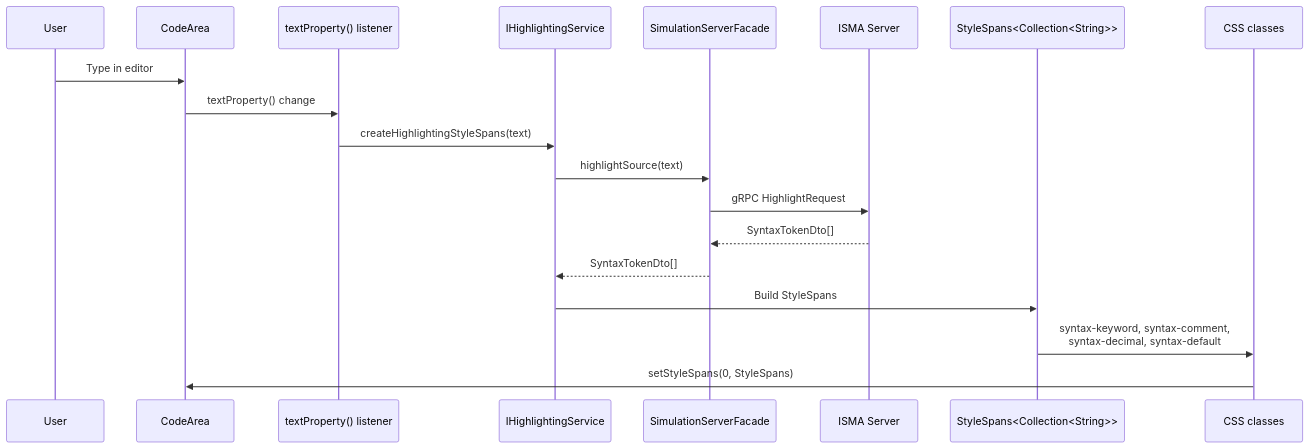
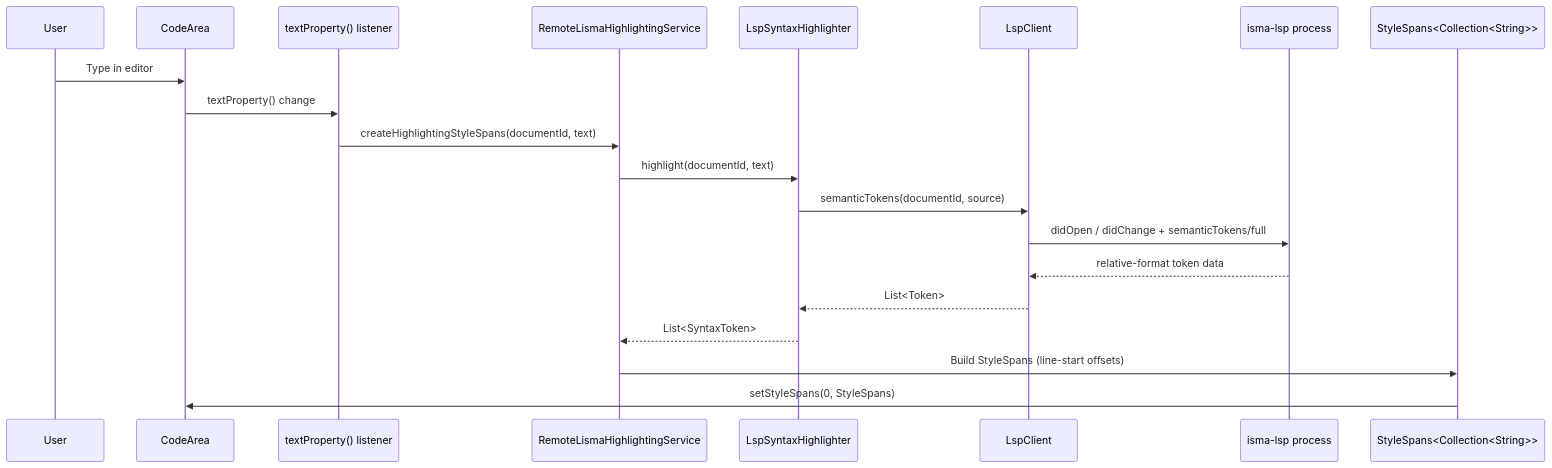
The first of 4 diagrams in docs/isma-ui/ui-components/05-editors.md (SmallBossGames/isma), drawn with Mermaid before and after one commit. The commit also changed other lines of this file and 42 other files, not shown here.

Commit message:
isma-lsp

````diff
--- a/docs/isma-ui/ui-components/05-editors.md
+++ b/docs/isma-ui/ui-components/05-editors.md
@@ -24,22 +24,23 @@
 ```mermaid
 sequenceDiagram
     participant User as User
     participant CA as CodeArea
     participant Listener as textProperty() listener
-    participant Service as IHighlightingService
-    participant Facade as SimulationServerFacade
-    participant Server as ISMA Server
+    participant Service as RemoteLismaHighlightingService
+    participant Highlighter as LspSyntaxHighlighter
+    participant Client as LspClient
+    participant LSP as isma-lsp process
     participant Spans as StyleSpans<Collection<String>>
-    participant CSS as CSS classes
 
     User->>CA: Type in editor
     CA->>Listener: textProperty() change
-    Listener->>Service: createHighlightingStyleSpans(text)
-    Service->>Facade: highlightSource(text)
-    Facade->>Server: gRPC HighlightRequest
-    Server-->>Facade: SyntaxTokenDto[]
-    Facade-->>Service: SyntaxTokenDto[]
-    Service->>Spans: Build StyleSpans
-    Spans->>CSS: syntax-keyword, syntax-comment,<br/>syntax-decimal, syntax-default
-    CSS->>CA: setStyleSpans(0, StyleSpans)
+    Listener->>Service: createHighlightingStyleSpans(documentId, text)
+    Service->>Highlighter: highlight(documentId, text)
+    Highlighter->>Client: semanticTokens(documentId, source)
+    Client->>LSP: didOpen / didChange + semanticTokens/full
+    LSP-->>Client: relative-format token data
+    Client-->>Highlighter: List<Token>
+    Highlighter-->>Service: List<SyntaxToken>
+    Service->>Spans: Build StyleSpans (line-start offsets)
+    Spans->>CA: setStyleSpans(0, StyleSpans)
 ```
````
